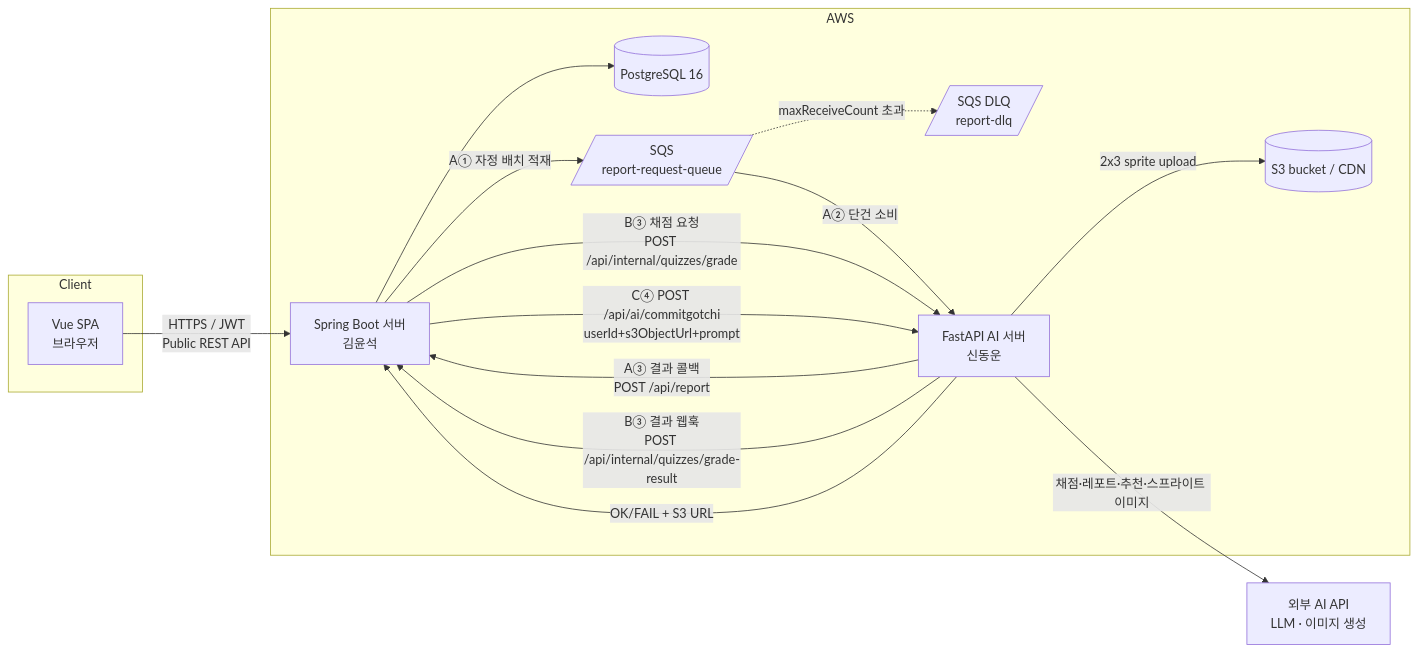
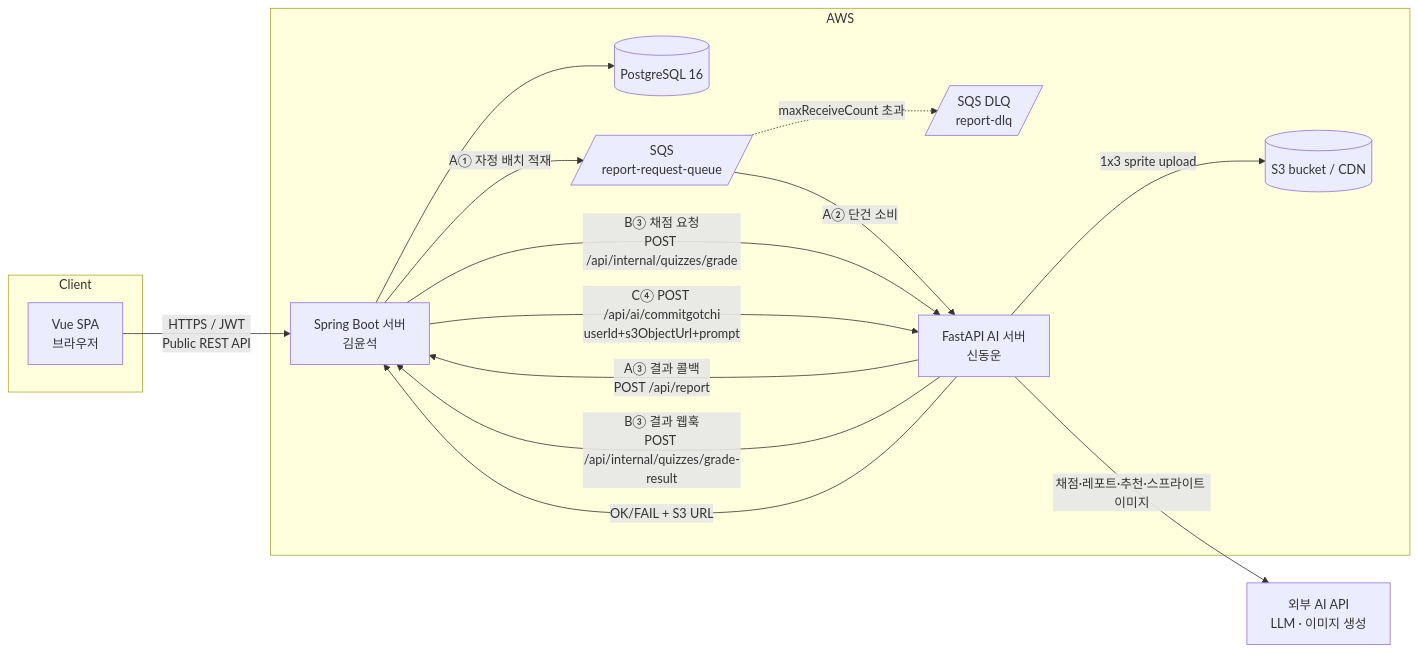
One commit to YunAndDong/commitgotchi changed the first of 15 diagrams in _bmad-output/planning-artifacts/architecture/architecture-commitgotchi-2026-06-07/architecture.md. Above: the diagram before and after it, drawn with Mermaid. The commit also changed other lines of this file and 2 other files, not shown here.

Commit message:
docs(architecture.md): 캐릭터 생성에 관한 문저 재정렬

````diff
--- a/_bmad-output/planning-artifacts/architecture/architecture-commitgotchi-2026-06-07/architecture.md
+++ b/_bmad-output/planning-artifacts/architecture/architecture-commitgotchi-2026-06-07/architecture.md
@@ -110,36 +110,36 @@
 ```mermaid
 flowchart LR
   subgraph Client
     V[Vue SPA<br/>브라우저]
   end
   subgraph AWS
     SB[Spring Boot 서버<br/>김윤석]
     PG[(PostgreSQL 16)]
     RQ[/SQS<br/>report-request-queue/]
     DLQ[/SQS DLQ<br/>report-dlq/]
     S3[(S3 bucket / CDN)]
     FA[FastAPI AI 서버<br/>신동운]
   end
   EXT[외부 AI API<br/>LLM · 이미지 생성]
 
   V -->|HTTPS / JWT<br/>Public REST API| SB
 
   SB --> PG
 
   %% 흐름 A — 일일 리포트(비동기·자정 배치)
   SB -->|A① 자정 배치 적재| RQ
   RQ -->|A② 단건 소비| FA
   FA -->|A③ 결과 콜백<br/>POST /api/report| SB
 
   %% 흐름 B — 퀴즈 채점(비동기 웹훅)
   SB -->|B③ 채점 요청<br/>POST /api/internal/quizzes/grade| FA
   FA -->|B③ 결과 웹훅<br/>POST /api/internal/quizzes/grade-result| SB
 
   %% 흐름 C — 캐릭터 이미지(동기 HTTP)
   SB -->|C④ POST /api/ai/commitgotchi<br/>userId+s3ObjectUrl+prompt| FA
-  FA -->|2x3 sprite upload| S3
+  FA -->|1x3 sprite upload| S3
   FA -->|OK/FAIL + S3 URL| SB
 
   RQ -.->|maxReceiveCount 초과| DLQ
   FA -->|채점·레포트·추천·스프라이트 이미지| EXT
 ```
````
